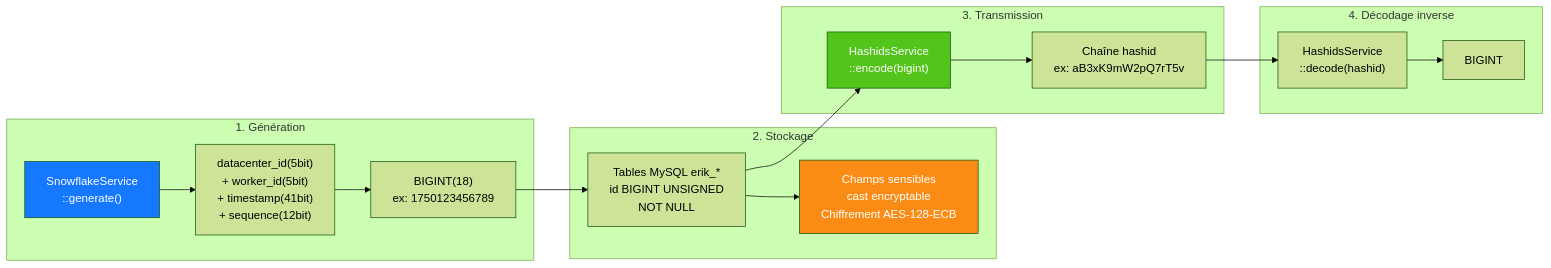
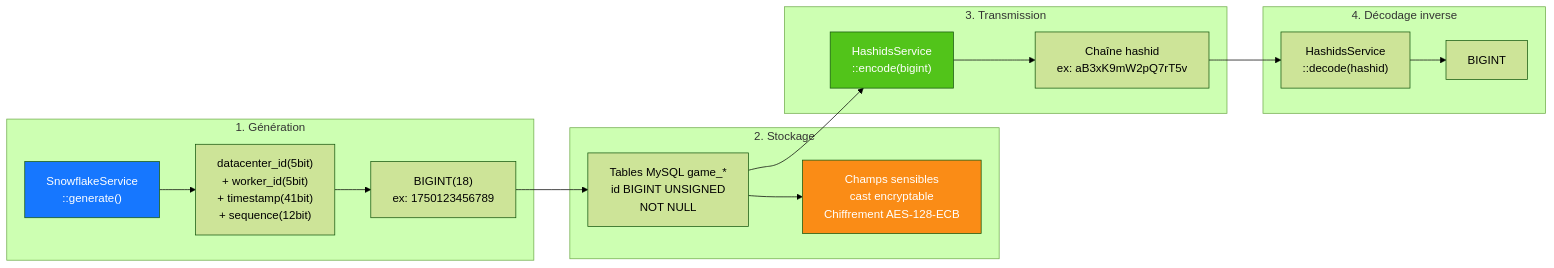
One commit to erikwang2013/game-platform-php changed the seventh of 14 diagrams in admin/docs/ARCHITECTURE.fr.md. Above: the diagram before and after it, drawn with Mermaid (forest theme). The commit also changed other lines of this file and 345 other files, not shown here.

````diff
--- a/admin/docs/ARCHITECTURE.fr.md
+++ b/admin/docs/ARCHITECTURE.fr.md
@@ -372,33 +372,33 @@
 ```mermaid
 flowchart LR
     subgraph "1. Génération"
         G1["SnowflakeService<br/>::generate()"]
         G2["datacenter_id(5bit)<br/>+ worker_id(5bit)<br/>+ timestamp(41bit)<br/>+ sequence(12bit)"]
         G3["BIGINT(18)<br/>ex: 1750123456789"]
         G1 --> G2 --> G3
     end
 
     subgraph "2. Stockage"
-        S1["Tables MySQL erik_*<br/>id BIGINT UNSIGNED<br/>NOT NULL"]
+        S1["Tables MySQL game_*<br/>id BIGINT UNSIGNED<br/>NOT NULL"]
         S2["Champs sensibles<br/>cast encryptable<br/>Chiffrement AES-128-ECB"]
         G3 --> S1
         S1 --> S2
     end
 
     subgraph "3. Transmission"
         T1["HashidsService<br/>::encode(bigint)"]
         T2["Chaîne hashid<br/>ex: aB3xK9mW2pQ7rT5v"]
         S1 --> T1
         T1 --> T2
     end
 
     subgraph "4. Décodage inverse"
         R1["HashidsService<br/>::decode(hashid)"]
         R2["BIGINT"]
         T2 --> R1 --> R2
     end
 
     style G1 fill:#1677FF,color:#fff
     style T1 fill:#52C41A,color:#fff
     style S2 fill:#FA8C16,color:#fff
 ```
````
